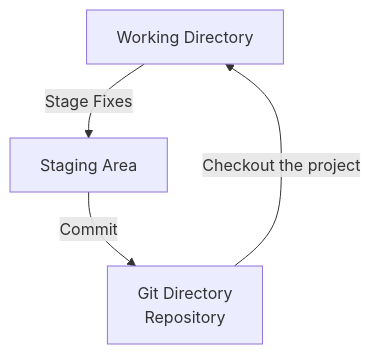
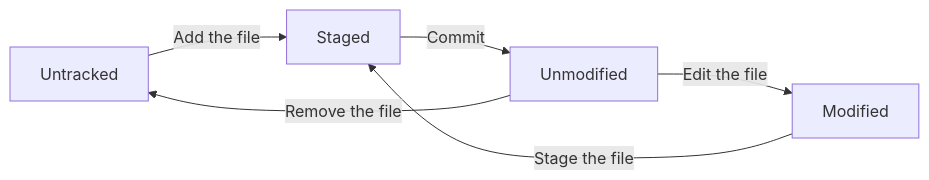
The diagram in src/data/getting-started.md (rahafebx/git-snaps), drawn with Mermaid before and after one commit. The commit also changed other lines of this file and 8 other files, not shown here.

````diff
--- a/src/data/getting-started.md
+++ b/src/data/getting-started.md
@@ -48,6 +53,8 @@
 ```mermaid
-graph TD
-    A[Working Directory] -->|Stage Fixes| B[Staging Area]
-    B -->|Commit| C[Git Directory<br>Repository]
-    C -->|Checkout the project| A
+graph LR
+    U[Untracked] -->|Add the file| S[Staged]
+    UM[Unmodified] -->|Edit the file| M[Modified]
+    M -->|Stage the file| S
+    S -->|Commit| UM
+    UM -->|Remove the file| U
 ```
````
